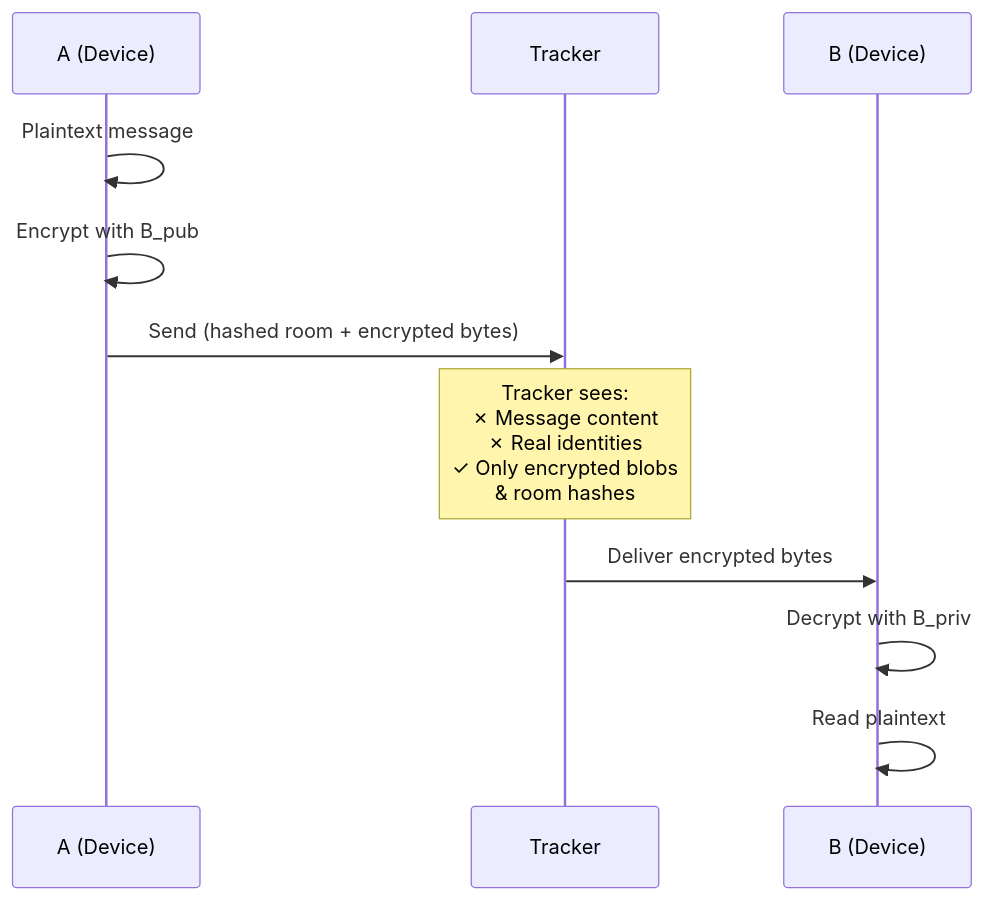
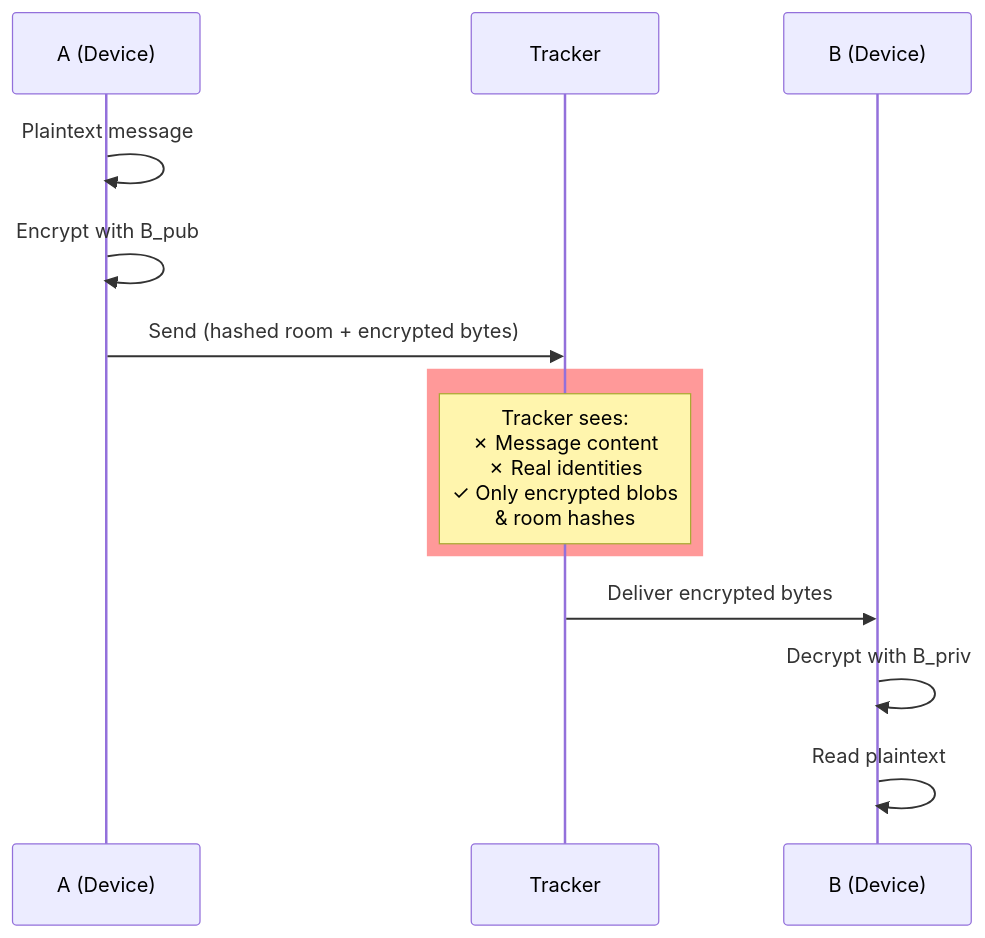
One commit to davidevecchi/TruSTI changed the eighth of 8 diagrams in README.md. Above: the diagram before and after it, drawn with Mermaid. The commit also changed other lines of this file, not shown here.

````diff
--- a/README.md
+++ b/README.md
@@ -404,17 +420,19 @@
 ```mermaid
 sequenceDiagram
     participant A as A (Device)
     participant T as Tracker
     participant B as B (Device)
 
     A->>A: Plaintext message
     A->>A: Encrypt with B_pub
     A->>T: Send (hashed room + encrypted bytes)
 
+    rect rgba(255, 0, 0, 0.4)
     Note over T: Tracker sees:<br/>✗ Message content<br/>✗ Real identities<br/>✓ Only encrypted blobs<br/>& room hashes
+    end
 
     T->>B: Deliver encrypted bytes
 
     B->>B: Decrypt with B_priv
     B->>B: Read plaintext
 ```
````
